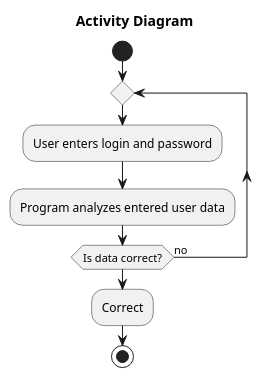
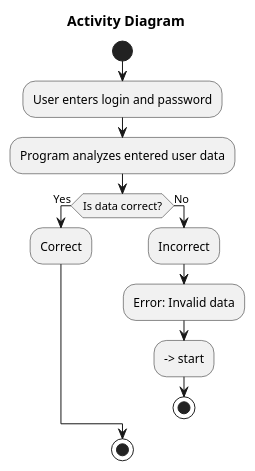
One commit to oleksandrblazhko/ai-214-rudnik changed the diagram in 2-SoftwareDesign/2.7-PlantUML/UML-Activity.puml. Above: the diagram before and after it, drawn with PlantUML.

```diff
--- a/2-SoftwareDesign/2.7-PlantUML/UML-Activity.puml
+++ b/2-SoftwareDesign/2.7-PlantUML/UML-Activity.puml
@@ -1,13 +1,17 @@
 @startuml
 title Activity Diagram 
 
 start
-repeat
 :User enters login and password;
 :Program analyzes entered user data;
-
-repeat while (Is data correct?) is (no)
-:Correct;
+if (Is data correct?) then (Yes)
+  :Correct;
+else (No)
+  :Incorrect;
+  :Error: Invalid data;
+  --> start
+  stop
+endif
 stop
 
 @enduml
```
